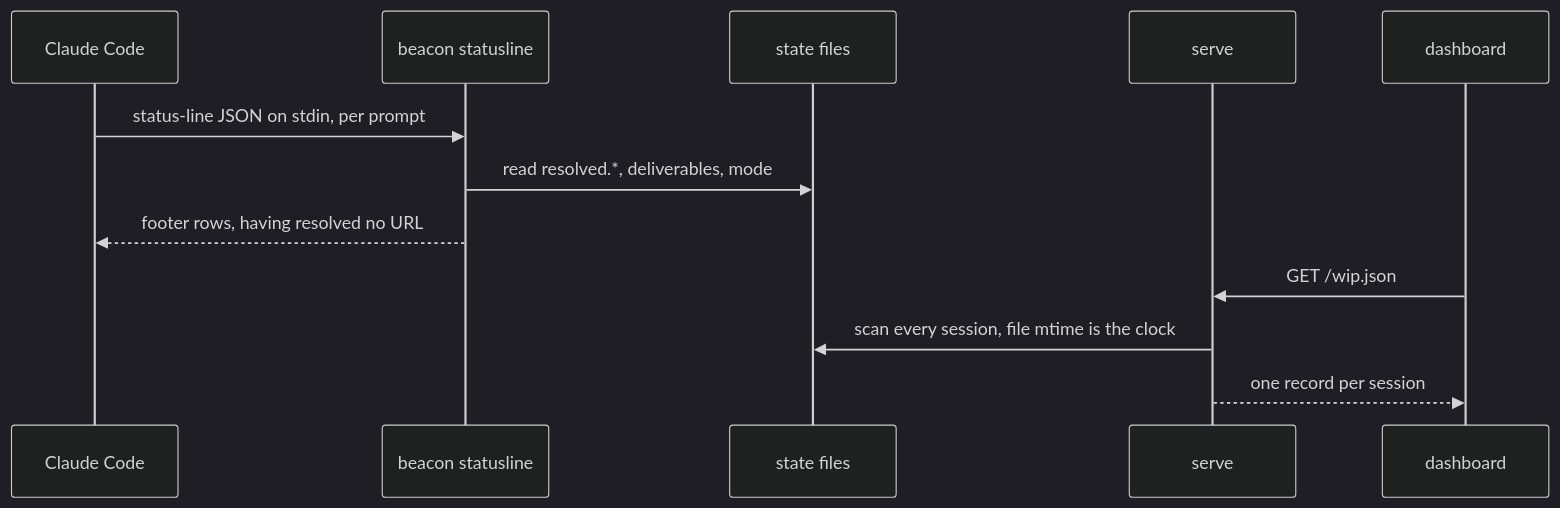
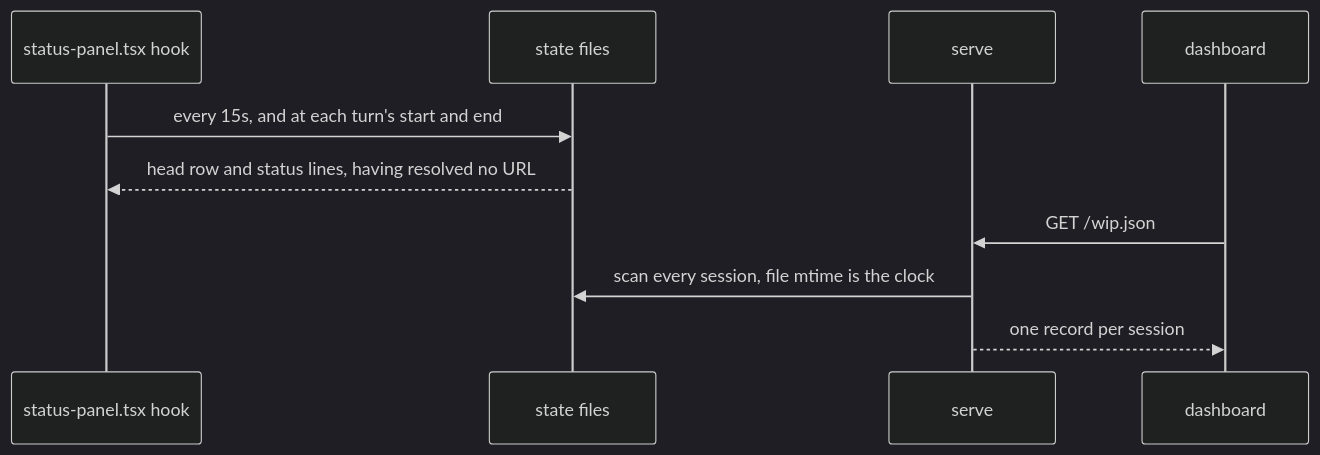
The third of 3 diagrams in README.md (chris-peterson/beacon), drawn with Mermaid (dark theme) before and after one commit. The commit also changed other lines of this file and 39 other files, not shown here.

````diff
--- a/README.md
+++ b/README.md
@@ -216,15 +200,13 @@
 ```mermaid
 sequenceDiagram
-    participant CC as Claude Code
-    participant B as beacon statusline
+    participant M as status-panel.tsx hook
     participant S as state files
     participant W as serve
     participant D as dashboard
 
-    CC->>B: status-line JSON on stdin, per prompt
-    B->>S: read resolved.*, deliverables, mode
-    B-->>CC: footer rows, having resolved no URL
+    M->>S: every 15s, and at each turn's start and end
+    S-->>M: head row and status lines, having resolved no URL
     D->>W: GET /wip.json
     W->>S: scan every session, file mtime is the clock
     W-->>D: one record per session
 ```
````
